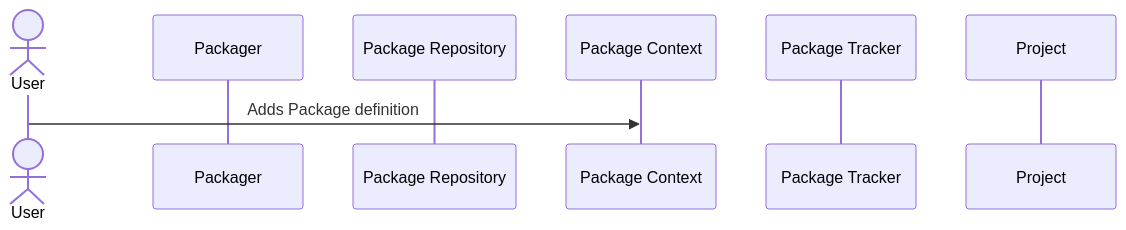
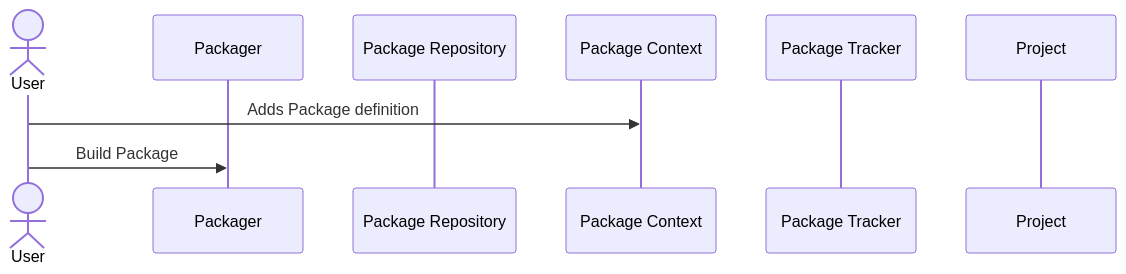
One commit to bacpack-system/bacpack-system.github.io changed the first of 5 diagrams in docs/use_cases.md. Above: the diagram before and after it, drawn with Mermaid. The commit also changed other lines of this file, not shown here.

````diff
--- a/docs/use_cases.md
+++ b/docs/use_cases.md
@@ -12,11 +18,12 @@
 ```mermaid
 sequenceDiagram
   actor User
   participant Packager
   participant Package Repository
   participant Package Context
   participant Package Tracker
   participant Project
 
   User->>Package Context: Adds Package definition
+  User->>Packager: Build Package
 ```
````
